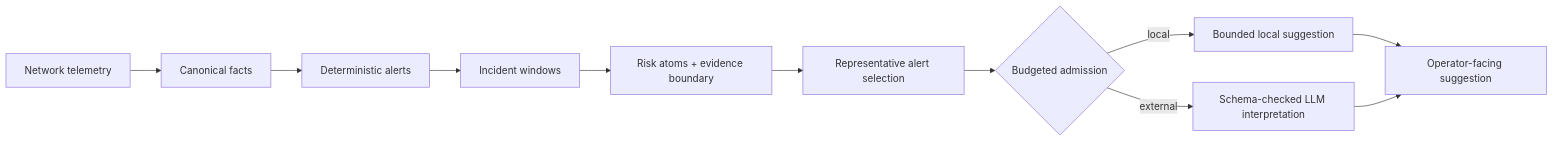
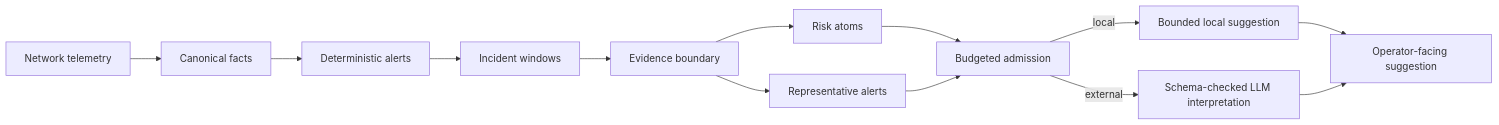
The diagram in README.md (Epochex/AiCS-NetopsDelimitation), drawn with Mermaid before and after one commit. The commit also changed other lines of this file and 5 other files, not shown here.

````diff
--- a/README.md
+++ b/README.md
@@ -25,13 +37,15 @@
 ```mermaid
 flowchart LR
   A["Network telemetry"] --> B["Canonical facts"]
   B --> C["Deterministic alerts"]
   C --> D["Incident windows"]
-  D --> E["Risk atoms + evidence boundary"]
-  E --> F["Representative alert selection"]
-  F --> G{"Budgeted admission"}
-  G -->|"local"| H["Bounded local suggestion"]
-  G -->|"external"| I["Schema-checked LLM interpretation"]
-  H --> J["Operator-facing suggestion"]
-  I --> J
+  D --> E["Evidence boundary"]
+  E --> F["Risk atoms"]
+  E --> G["Representative alerts"]
+  F --> H["Budgeted admission"]
+  G --> H
+  H -->|"local"| I["Bounded local suggestion"]
+  H -->|"external"| J["Schema-checked LLM interpretation"]
+  I --> K["Operator-facing suggestion"]
+  J --> K
 ```
````
